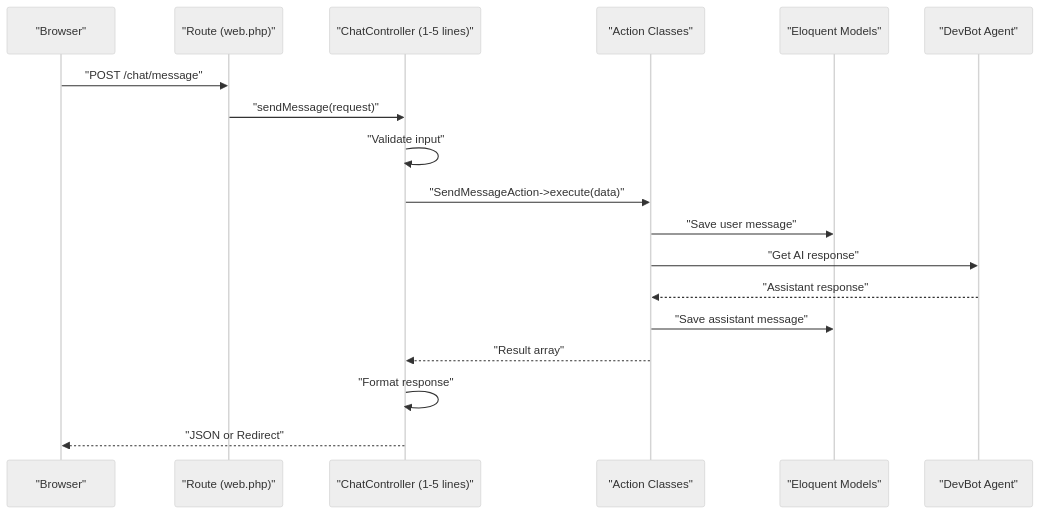
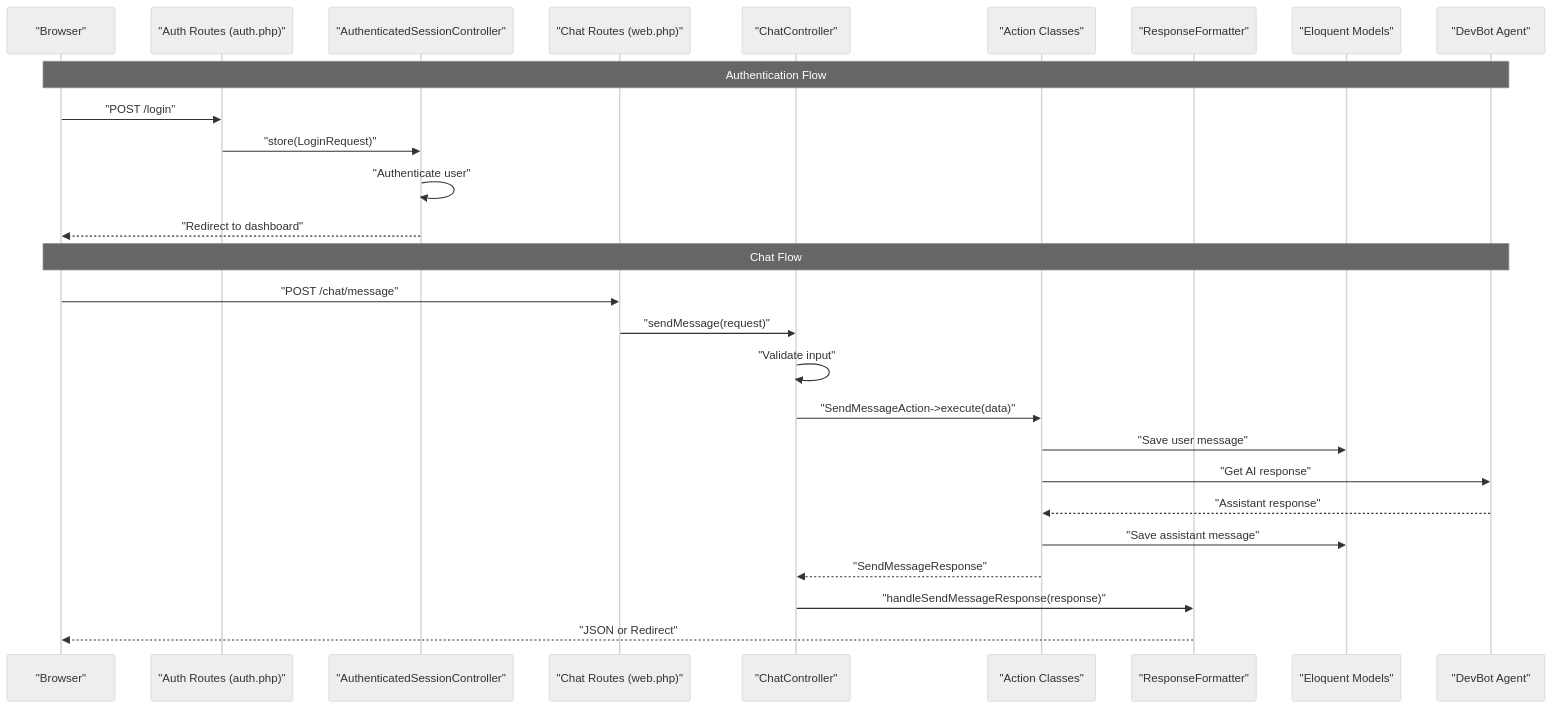
One commit to siimliimand/laravel-assistant changed the second of 3 diagrams in .qoder/repowiki/en/content/Laravel Application Components/Controllers.md. Above: the diagram before and after it, drawn with Mermaid (neutral theme). The commit also changed other lines of this file and 8 other files, not shown here.

First line of the commit message:
docs(actions): add PrepareChatViewAction and update architecture docs

````diff
--- a/.qoder/repowiki/en/content/Laravel Application Components/Controllers.md
+++ b/.qoder/repowiki/en/content/Laravel Application Components/Controllers.md
@@ -112,20 +134,29 @@
 ```mermaid
 sequenceDiagram
 participant Browser as "Browser"
-participant Router as "Route (web.php)"
-participant Controller as "ChatController (1-5 lines)"
+participant AuthRouter as "Auth Routes (auth.php)"
+participant AuthController as "AuthenticatedSessionController"
+participant ChatRouter as "Chat Routes (web.php)"
+participant ChatController as "ChatController"
 participant Action as "Action Classes"
+participant Formatter as "ResponseFormatter"
 participant Model as "Eloquent Models"
 participant Agent as "DevBot Agent"
-Browser->>Router : "POST /chat/message"
-Router->>Controller : "sendMessage(request)"
-Controller->>Controller : "Validate input"
-Controller->>Action : "SendMessageAction->execute(data)"
+Note over Browser,Agent : Authentication Flow
+Browser->>AuthRouter : "POST /login"
+AuthRouter->>AuthController : "store(LoginRequest)"
+AuthController->>AuthController : "Authenticate user"
+AuthController-->>Browser : "Redirect to dashboard"
+Note over Browser,Agent : Chat Flow
+Browser->>ChatRouter : "POST /chat/message"
+ChatRouter->>ChatController : "sendMessage(request)"
+ChatController->>ChatController : "Validate input"
+ChatController->>Action : "SendMessageAction->execute(data)"
 Action->>Model : "Save user message"
 Action->>Agent : "Get AI response"
 Agent-->>Action : "Assistant response"
 Action->>Model : "Save assistant message"
-Action-->>Controller : "Result array"
-Controller->>Controller : "Format response"
-Controller-->>Browser : "JSON or Redirect"
+Action-->>ChatController : "SendMessageResponse"
+ChatController->>Formatter : "handleSendMessageResponse(response)"
+Formatter-->>Browser : "JSON or Redirect"
 ```
````
